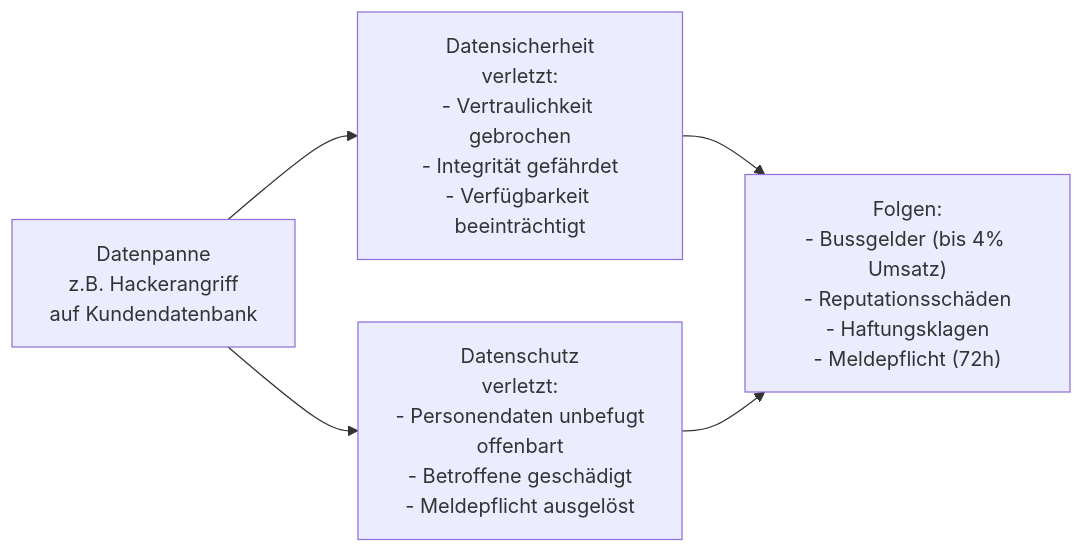
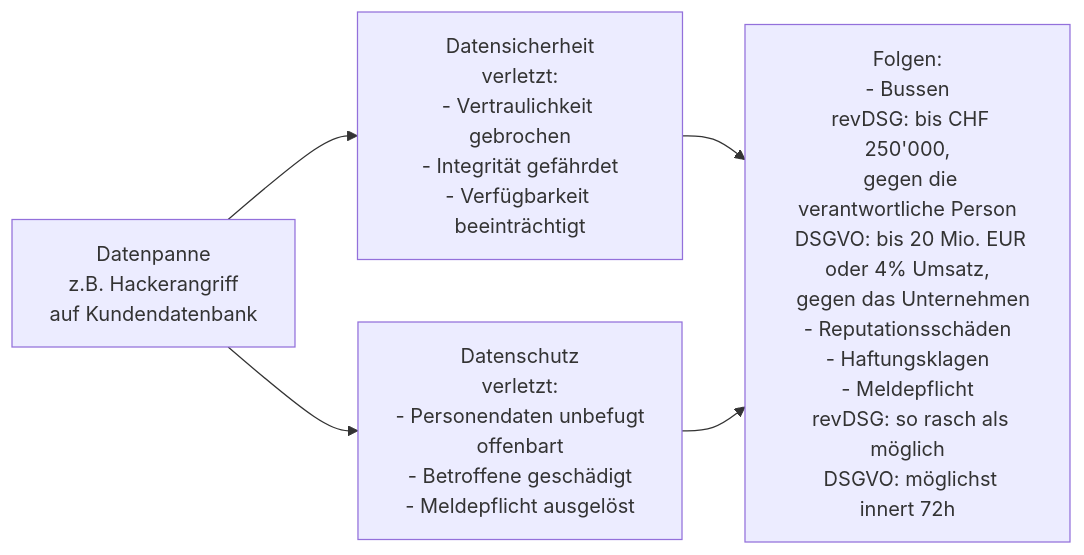
Before and after one commit to nicolaifrickertbz/m231: the third of 5 diagrams in tag-03.md, drawn with Mermaid. The commit also changed other lines of this file, not shown here.

First line of the commit message:
Tag 03: Lernstrecke mit Richtwerten, Auskunftsbegehren zu zweit, Fakten nach revDSG (#4)

````diff
--- a/tag-03.md
+++ b/tag-03.md
@@ -85,12 +85,12 @@
 ```mermaid
 flowchart LR
   DP["Datenpanne\nz.B. Hackerangriff\nauf Kundendatenbank"]
   DSI["Datensicherheit\nverletzt:\n- Vertraulichkeit gebrochen\n- Integrität gefährdet\n- Verfügbarkeit beeinträchtigt"]
   DSC["Datenschutz\nverletzt:\n- Personendaten unbefugt\n  offenbart\n- Betroffene geschädigt\n- Meldepflicht ausgelöst"]
-  F["Folgen:\n- Bussgelder (bis 4% Umsatz)\n- Reputationsschäden\n- Haftungsklagen\n- Meldepflicht (72h)"]
+  F["Folgen:\n- Bussen\n  revDSG: bis CHF 250'000,\n  gegen die verantwortliche Person\n  DSGVO: bis 20 Mio. EUR oder 4% Umsatz,\n  gegen das Unternehmen\n- Reputationsschäden\n- Haftungsklagen\n- Meldepflicht\n  revDSG: so rasch als möglich\n  DSGVO: möglichst innert 72h"]
 
   DP --> DSI
   DP --> DSC
   DSI --> F
   DSC --> F
 ```
````
